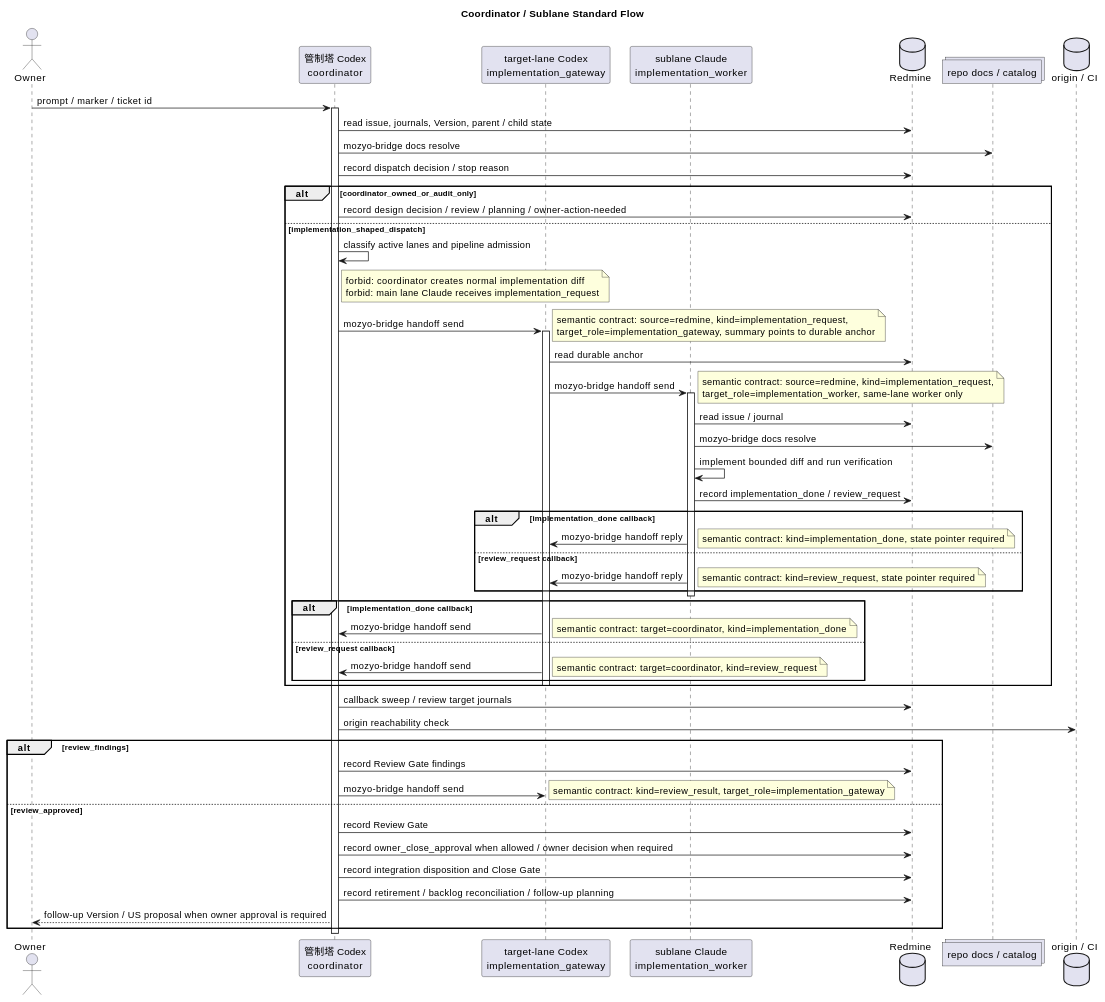
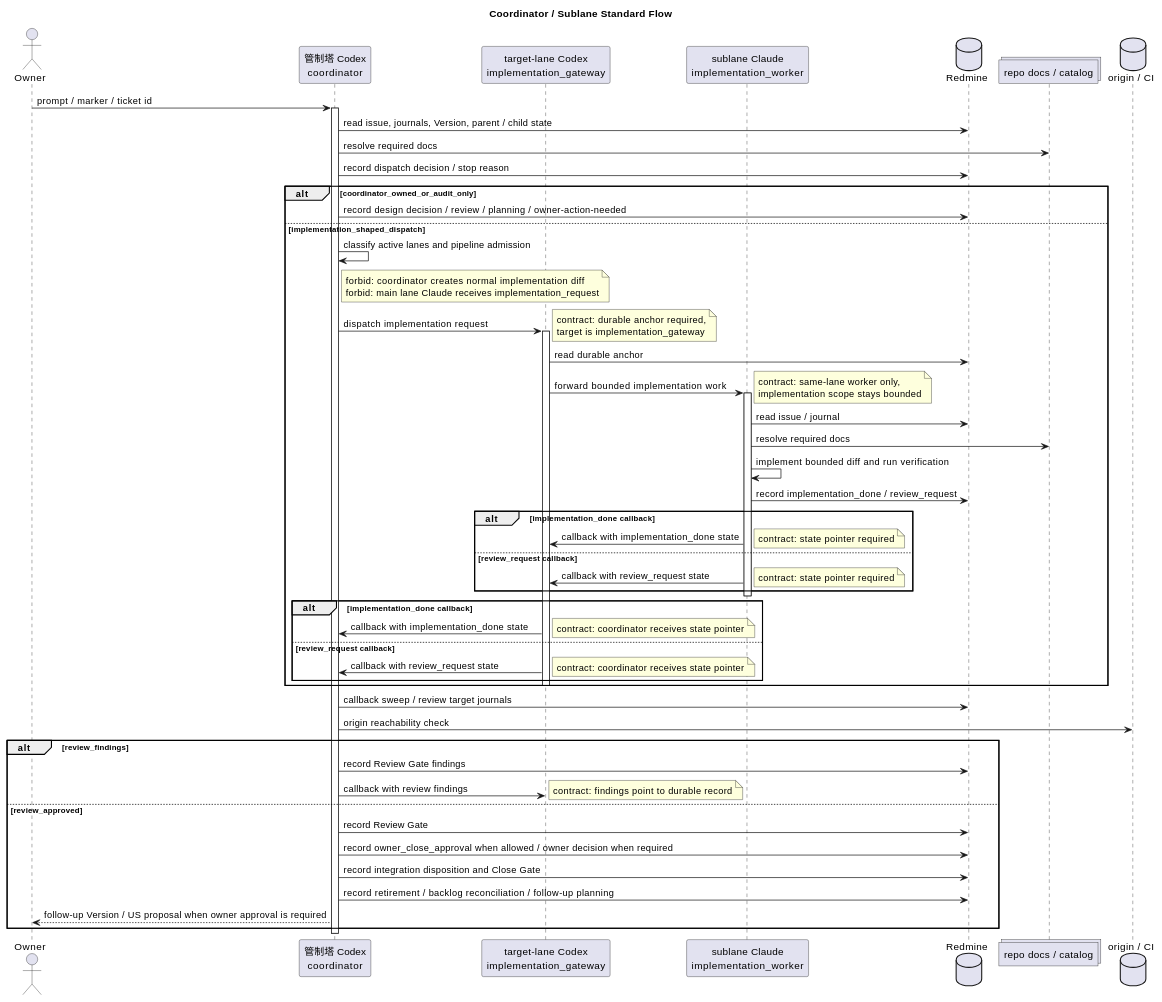
The diagram in vibes/docs/logics/coordinator-sublane-development-flow.md (hollySizzle/mozyo_bridge), drawn with PlantUML before and after one commit. The commit also changed other lines of this file and 2 other files, not shown here.

Commit message:
docs: abstract lane sequence labels
Refs: Redmine #12676

issue_12676

````diff
--- a/vibes/docs/logics/coordinator-sublane-development-flow.md
+++ b/vibes/docs/logics/coordinator-sublane-development-flow.md
@@ -465,77 +465,77 @@
 ```plantuml
 @startuml coordinator_sublane_standard_sequence
 title Coordinator / Sublane Standard Flow
 
 actor Owner
 participant "管制塔 Codex\ncoordinator" as Coordinator
 participant "target-lane Codex\nimplementation_gateway" as Gateway
 participant "sublane Claude\nimplementation_worker" as Worker
 database Redmine
 collections "repo docs / catalog" as Docs
 database "origin / CI" as Origin
 
 Owner -> Coordinator: prompt / marker / ticket id
 activate Coordinator
 Coordinator -> Redmine: read issue, journals, Version, parent / child state
-Coordinator -> Docs: mozyo-bridge docs resolve
+Coordinator -> Docs: resolve required docs
 Coordinator -> Redmine: record dispatch decision / stop reason
 
 alt coordinator_owned_or_audit_only
   Coordinator -> Redmine: record design decision / review / planning / owner-action-needed
 else implementation_shaped_dispatch
   Coordinator -> Coordinator: classify active lanes and pipeline admission
   note right of Coordinator
     forbid: coordinator creates normal implementation diff
     forbid: main lane Claude receives implementation_request
   end note
-  Coordinator -> Gateway: mozyo-bridge handoff send
+  Coordinator -> Gateway: dispatch implementation request
   note right
-    semantic contract: source=redmine, kind=implementation_request,
-    target_role=implementation_gateway, summary points to durable anchor
+    contract: durable anchor required,
+    target is implementation_gateway
   end note
   activate Gateway
   Gateway -> Redmine: read durable anchor
-  Gateway -> Worker: mozyo-bridge handoff send
+  Gateway -> Worker: forward bounded implementation work
   note right
-    semantic contract: source=redmine, kind=implementation_request,
-    target_role=implementation_worker, same-lane worker only
+    contract: same-lane worker only,
+    implementation scope stays bounded
   end note
   activate Worker
   Worker -> Redmine: read issue / journal
-  Worker -> Docs: mozyo-bridge docs resolve
+  Worker -> Docs: resolve required docs
   Worker -> Worker: implement bounded diff and run verification
   Worker -> Redmine: record implementation_done / review_request
   alt implementation_done callback
-    Worker -> Gateway: mozyo-bridge handoff reply
-    note right: semantic contract: kind=implementation_done, state pointer required
+    Worker -> Gateway: callback with implementation_done state
+    note right: contract: state pointer required
   else review_request callback
-    Worker -> Gateway: mozyo-bridge handoff reply
-    note right: semantic contract: kind=review_request, state pointer required
+    Worker -> Gateway: callback with review_request state
+    note right: contract: state pointer required
   end
   deactivate Worker
   alt implementation_done callback
-    Gateway -> Coordinator: mozyo-bridge handoff send
-    note right: semantic contract: target=coordinator, kind=implementation_done
+    Gateway -> Coordinator: callback with implementation_done state
+    note right: contract: coordinator receives state pointer
   else review_request callback
-    Gateway -> Coordinator: mozyo-bridge handoff send
-    note right: semantic contract: target=coordinator, kind=review_request
+    Gateway -> Coordinator: callback with review_request state
+    note right: contract: coordinator receives state pointer
   end
   deactivate Gateway
 end
 
 Coordinator -> Redmine: callback sweep / review target journals
 Coordinator -> Origin: origin reachability check
 alt review_findings
   Coordinator -> Redmine: record Review Gate findings
-  Coordinator -> Gateway: mozyo-bridge handoff send
-  note right: semantic contract: kind=review_result, target_role=implementation_gateway
+  Coordinator -> Gateway: callback with review findings
+  note right: contract: findings point to durable record
 else review_approved
   Coordinator -> Redmine: record Review Gate
   Coordinator -> Redmine: record owner_close_approval when allowed / owner decision when required
   Coordinator -> Redmine: record integration disposition and Close Gate
   Coordinator -> Redmine: record retirement / backlog reconciliation / follow-up planning
   Coordinator --> Owner: follow-up Version / US proposal when owner approval is required
 end
 deactivate Coordinator
 @enduml
 ```
````
